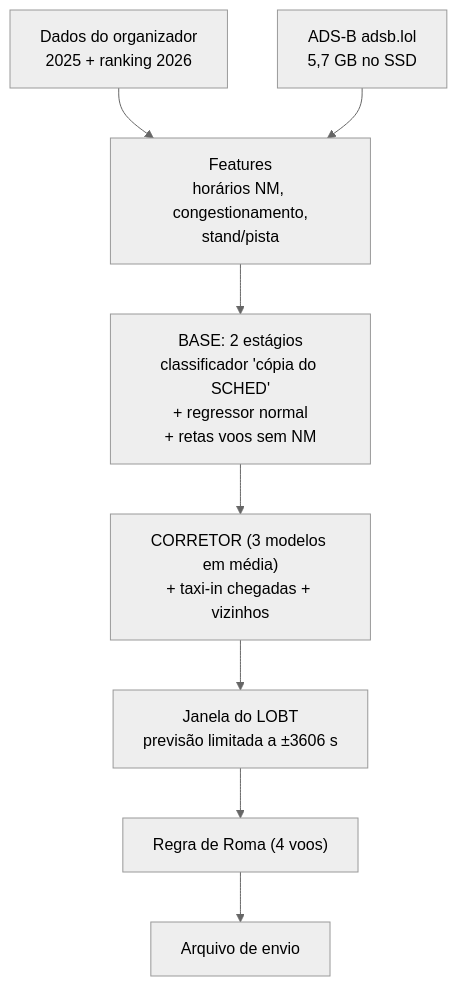
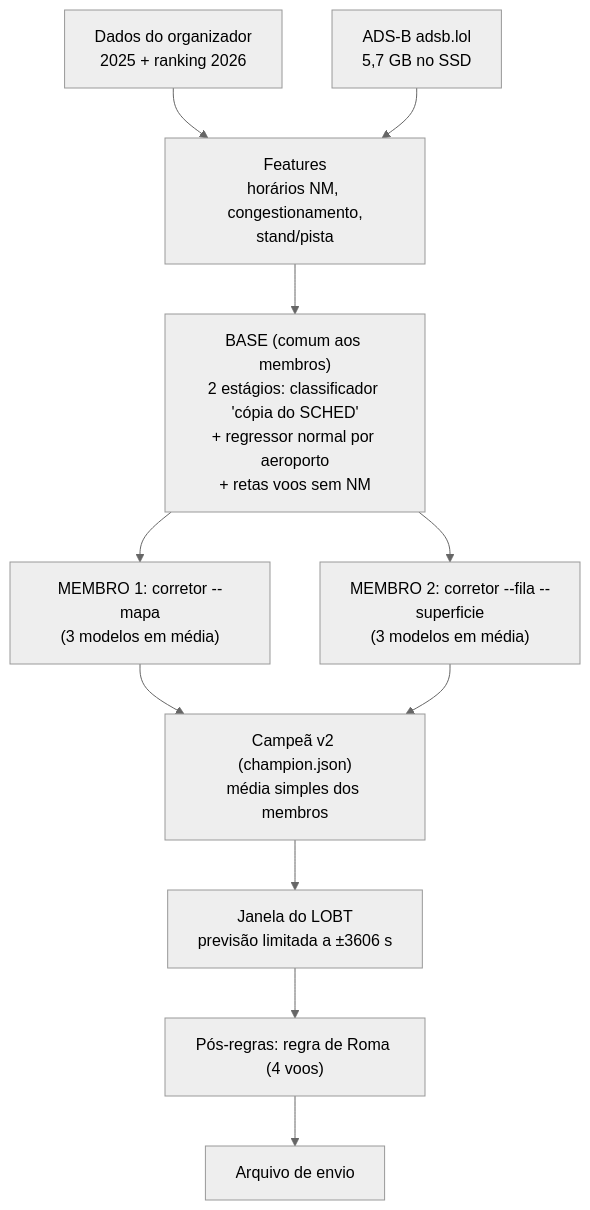
One commit to EnioAguiar/prc-taxiout-2026 changed the second of 3 diagrams in docs/mapa.md. Above: the diagram before and after it, drawn with Mermaid (neutral theme). The commit also changed other lines of this file and 2 other files, not shown here.

Commit message:
esteira: auditoria diária da esteira e docs

````diff
--- a/docs/mapa.md
+++ b/docs/mapa.md
@@ -65,10 +65,13 @@
 ```mermaid
 flowchart TD
     D1["Dados do organizador<br/>2025 + ranking 2026"] --> F["Features<br/>horários NM, congestionamento,<br/>stand/pista"]
     D2["ADS-B adsb.lol<br/>5,7 GB no SSD"] --> F
-    F --> B["BASE: 2 estágios<br/>classificador 'cópia do SCHED'<br/>+ regressor normal<br/>+ retas voos sem NM"]
-    B --> C["CORRETOR (3 modelos em média)<br/>+ taxi-in chegadas + vizinhos"]
-    C --> J["Janela do LOBT<br/>previsão limitada a ±3606 s"]
-    J --> R["Regra de Roma (4 voos)"]
+    F --> B["BASE (comum aos membros)<br/>2 estágios: classificador 'cópia do SCHED'<br/>+ regressor normal por aeroporto<br/>+ retas voos sem NM"]
+    B --> C1["MEMBRO 1: corretor --mapa<br/>(3 modelos em média)"]
+    B --> C2["MEMBRO 2: corretor --fila --superficie<br/>(3 modelos em média)"]
+    C1 --> M["Campeã v2 (champion.json)<br/>média simples dos membros"]
+    C2 --> M
+    M --> J["Janela do LOBT<br/>previsão limitada a ±3606 s"]
+    J --> R["Pós-regras: regra de Roma (4 voos)"]
     R --> S["Arquivo de envio"]
 ```
````
